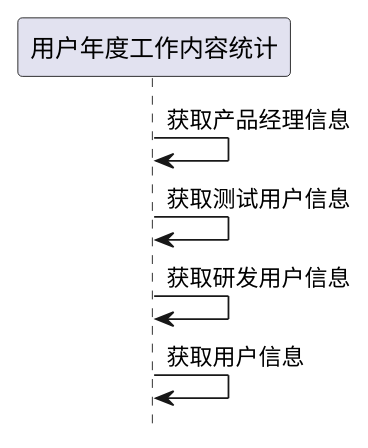
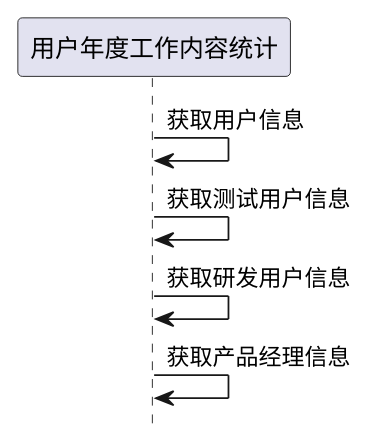
The second of 5 diagrams in ibizpms-docs/src/main/doc/v1/module/ibiz/UserYearWorkStats_old.md (zj335841911/nt_chandao), drawn with PlantUML before and after one commit. The commit also changed other lines of this file and 2125 other files, not shown here.

```diff
--- a/ibizpms-docs/src/main/doc/v1/module/ibiz/UserYearWorkStats_old.md
+++ b/ibizpms-docs/src/main/doc/v1/module/ibiz/UserYearWorkStats_old.md
@@ -164,8 +164,8 @@
 {% plantuml %}
 hide footbox
 
-用户年度工作内容统计 -> 用户年度工作内容统计: 获取产品经理信息
+用户年度工作内容统计 -> 用户年度工作内容统计: 获取用户信息
 用户年度工作内容统计 -> 用户年度工作内容统计: 获取测试用户信息
 用户年度工作内容统计 -> 用户年度工作内容统计: 获取研发用户信息
-用户年度工作内容统计 -> 用户年度工作内容统计: 获取用户信息
+用户年度工作内容统计 -> 用户年度工作内容统计: 获取产品经理信息
 {% endplantuml %}
```
